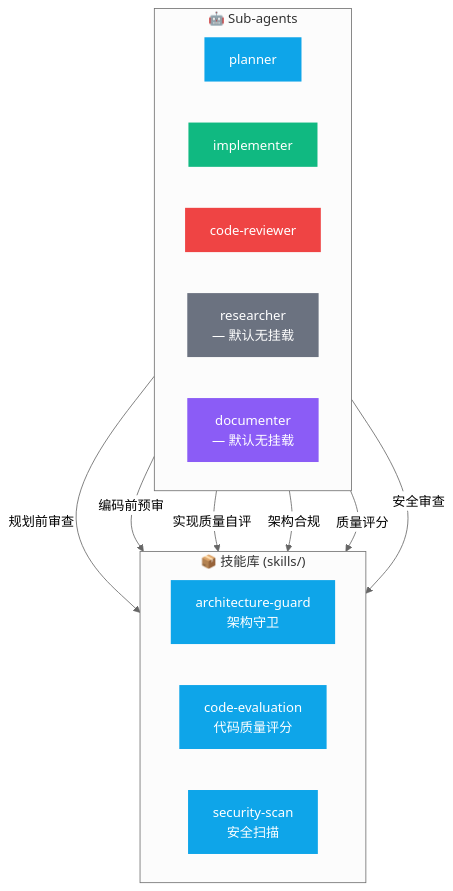
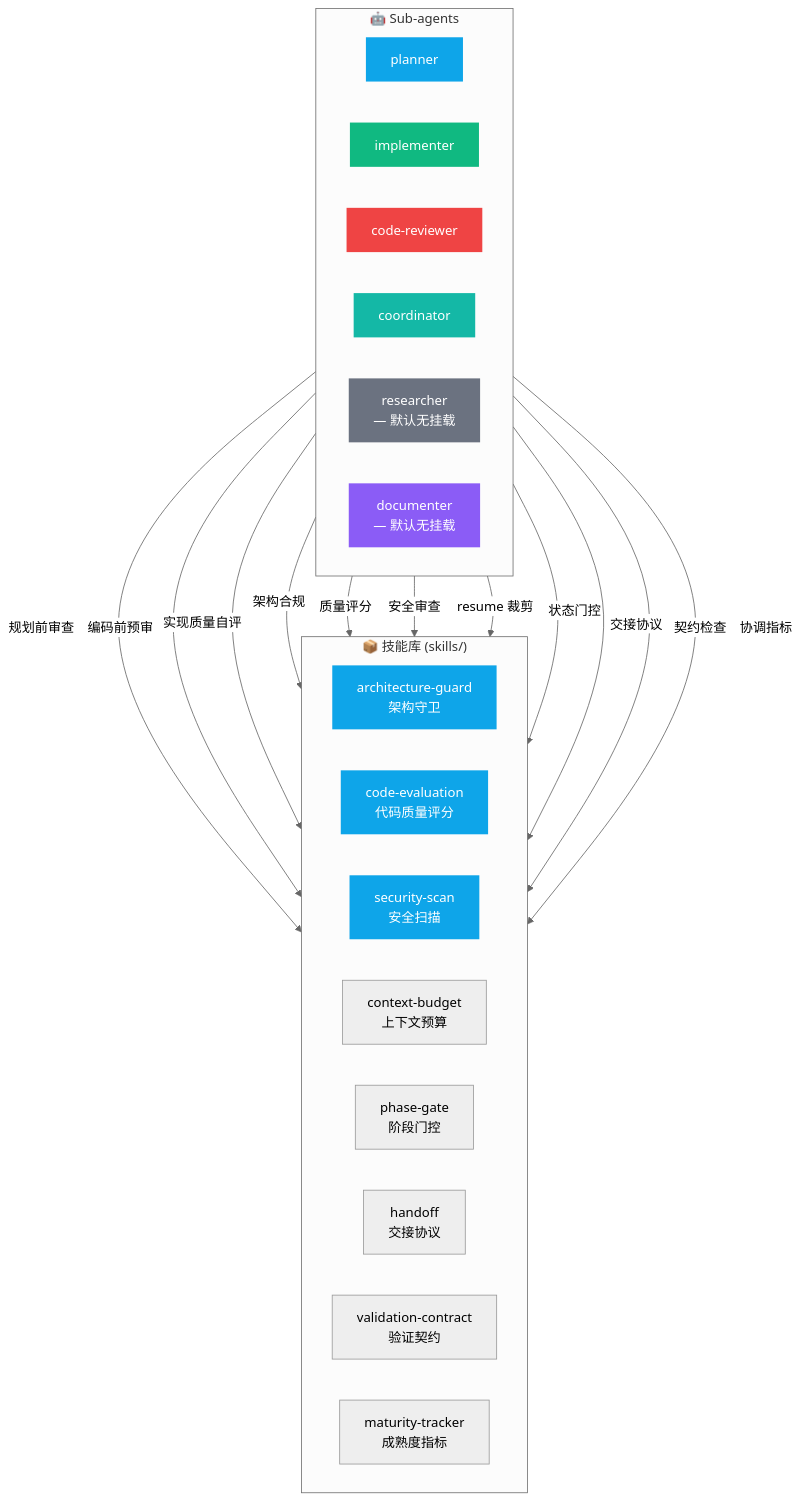
One commit to Kucell/cortex-agent changed the third of 7 diagrams in docs/architecture.md. Above: the diagram before and after it, drawn with Mermaid (neutral theme). The commit also changed other lines of this file and 52 other files, not shown here.

````diff
--- a/docs/architecture.md
+++ b/docs/architecture.md
@@ -105,34 +108,46 @@
 ```mermaid
 graph TB
     subgraph Agents["🤖 Sub-agents"]
         direction LR
         PL[planner]
         IM[implementer]
         CR[code-reviewer]
+        CO[coordinator]
         RS["researcher<br/>— 默认无挂载"]
         DC["documenter<br/>— 默认无挂载"]
     end
 
     subgraph Skills["📦 技能库 (skills/)"]
         direction LR
         AG["architecture-guard<br/>架构守卫"]
         CE["code-evaluation<br/>代码质量评分"]
         SS["security-scan<br/>安全扫描"]
+        CB["context-budget<br/>上下文预算"]
+        PG["phase-gate<br/>阶段门控"]
+        HF["handoff<br/>交接协议"]
+        VC["validation-contract<br/>验证契约"]
+        MT["maturity-tracker<br/>成熟度指标"]
     end
 
     PL -->|规划前审查| AG
     IM -->|编码前预审| AG
     IM -->|实现质量自评| CE
     CR -->|架构合规| AG
     CR -->|质量评分| CE
     CR -->|安全审查| SS
+    CO -->|resume 裁剪| CB
+    CO -->|状态门控| PG
+    CO -->|交接协议| HF
+    CO -->|契约检查| VC
+    CO -->|协调指标| MT
 
     style PL fill:#0ea5e9,color:#fff,stroke:none
     style IM fill:#10b981,color:#fff,stroke:none
     style CR fill:#ef4444,color:#fff,stroke:none
+    style CO fill:#14b8a6,color:#fff,stroke:none
     style RS fill:#6b7280,color:#fff,stroke:none
     style DC fill:#8b5cf6,color:#fff,stroke:none
     style AG fill:#0ea5e9,color:#fff,stroke:none
     style CE fill:#0ea5e9,color:#fff,stroke:none
     style SS fill:#0ea5e9,color:#fff,stroke:none
 ```
````
